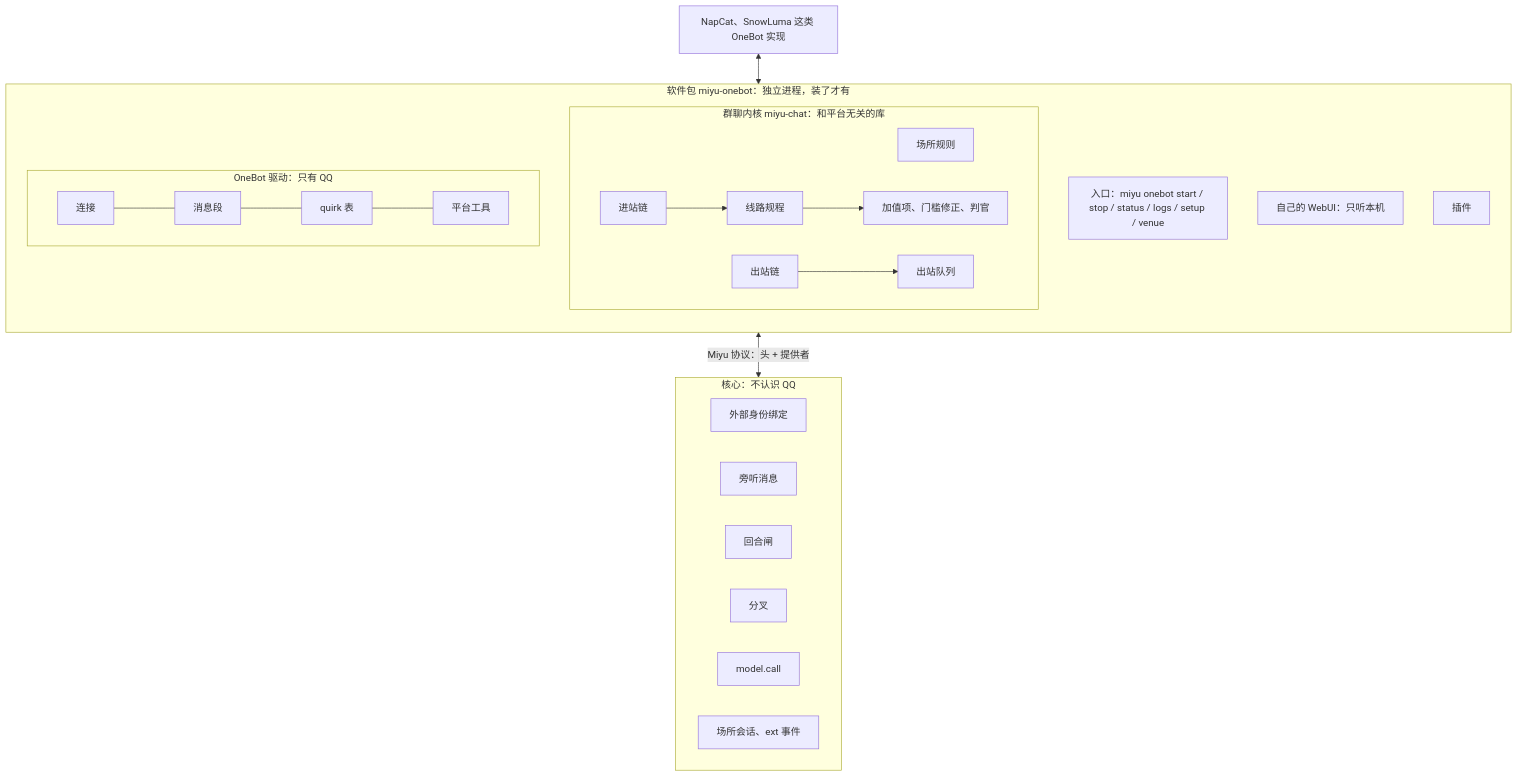
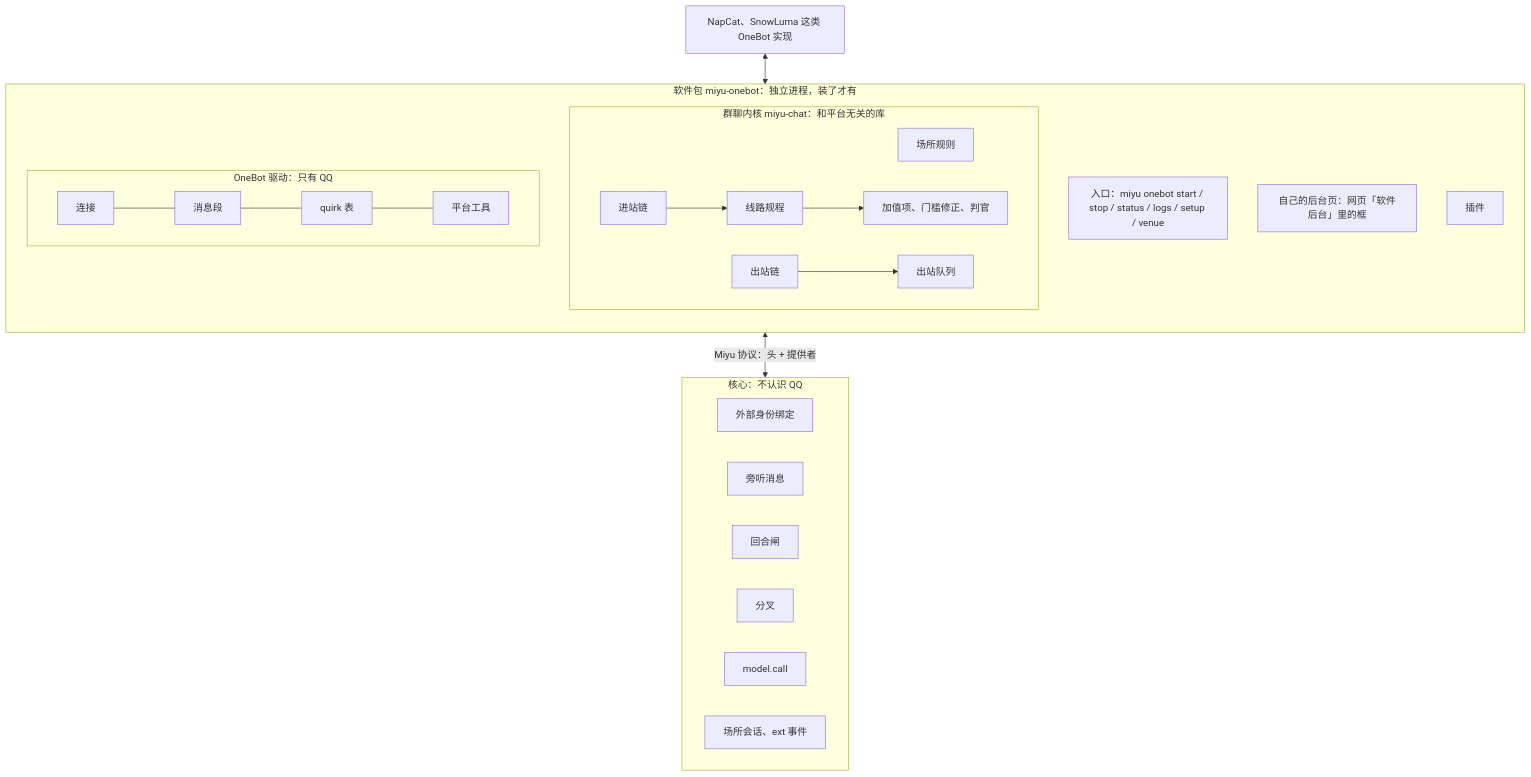
One commit to SHORiN-KiWATA/miyu-agent-remake changed the first of 6 diagrams in docs/designs/18-通讯平台.md. Above: the diagram before and after it, drawn with Mermaid. The commit also changed other lines of this file and 87 other files, not shown here.

````diff
--- a/docs/designs/18-通讯平台.md
+++ b/docs/designs/18-通讯平台.md
@@ -11,30 +11,30 @@
 ```mermaid
 flowchart TB
     qq["NapCat、SnowLuma 这类 OneBot 实现"] <--> drv
     subgraph pkg["软件包 miyu-onebot：独立进程，装了才有"]
         direction TB
         entry["入口：miyu onebot start / stop / status / logs / setup / venue"]
-        web["自己的 WebUI：只听本机"]
+        web["自己的后台页：网页「软件后台」里的框"]
         subgraph chat["群聊内核 miyu-chat：和平台无关的库"]
             direction LR
             rules["场所规则"]
             inq["进站链"] --> ld["线路规程"] --> sc["加值项、门槛修正、判官"]
             oq["出站链"] --> spool["出站队列"]
         end
         subgraph drv["OneBot 驱动：只有 QQ"]
             direction LR
             tr["连接"] --- codec["消息段"] --- qk["quirk 表"] --- io["平台工具"]
         end
         plug["插件"]
     end
     pkg <-- "Miyu 协议：头 + 提供者" --> core
     subgraph core["核心：不认识 QQ"]
         direction LR
         p1["外部身份绑定"]
         p2["旁听消息"]
         p3["回合闸"]
         p4["分叉"]
         p5["model.call"]
         p6["场所会话、ext 事件"]
     end
 ```
````
